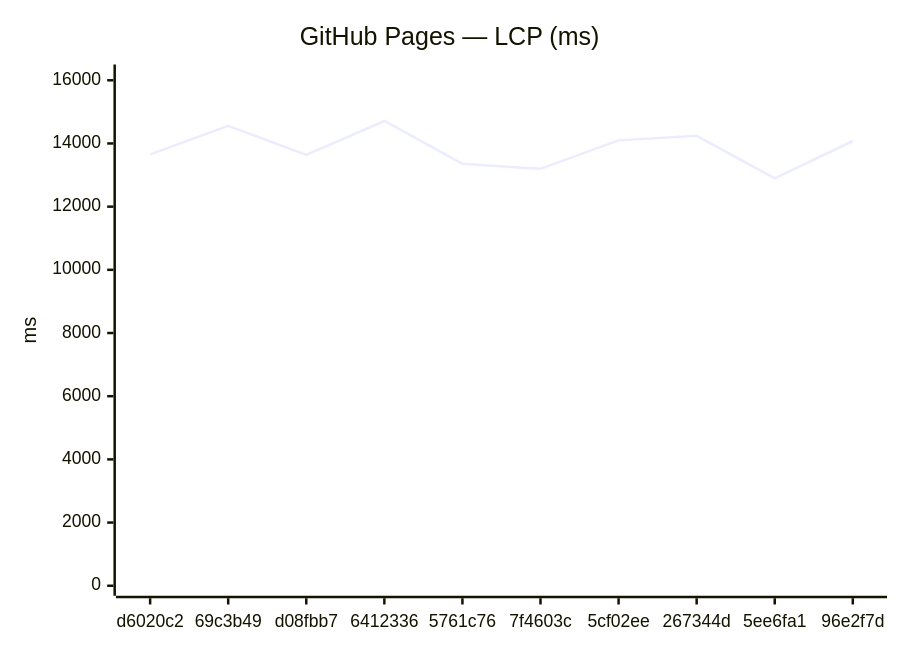
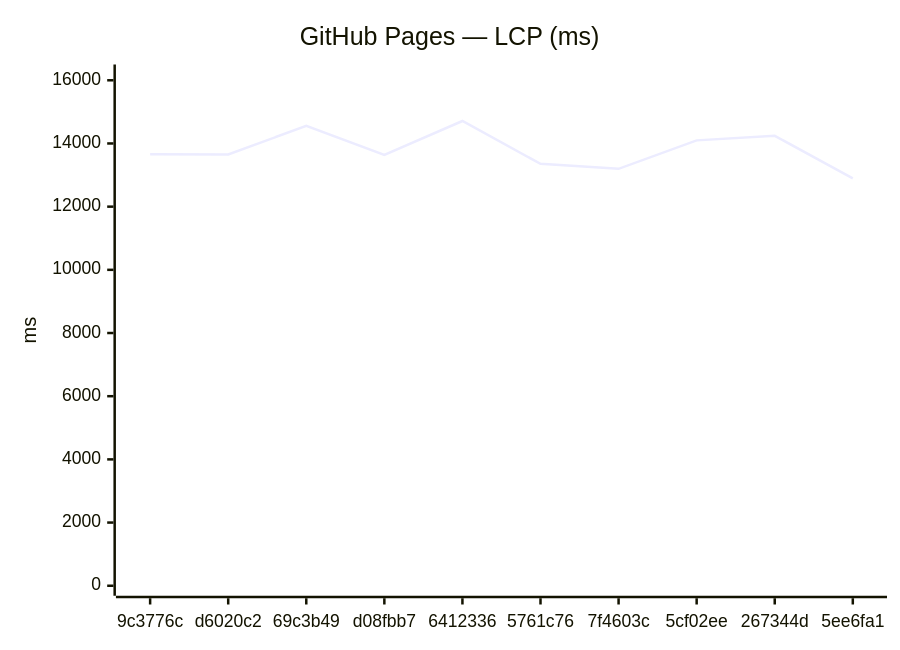
One commit to Metaheurist/Rianell changed the third of 18 diagrams in benchmarks/compare.md. Above: the diagram before and after it, drawn with Mermaid. The commit also changed other lines of this file and 11 other files, not shown here.

````diff
--- a/benchmarks/compare.md
+++ b/benchmarks/compare.md
@@ -54,7 +54,7 @@
 ```mermaid
 xychart-beta
     title "GitHub Pages — LCP (ms)"
-    x-axis ["d6020c2", "69c3b49", "d08fbb7", "6412336", "5761c76", "7f4603c", "5cf02ee", "267344d", "5ee6fa1", "96e2f7d"]
+    x-axis ["9c3776c", "d6020c2", "69c3b49", "d08fbb7", "6412336", "5761c76", "7f4603c", "5cf02ee", "267344d", "5ee6fa1"]
     y-axis "ms" 0 --> 16183
-    line [13653, 14556, 13636, 14711, 13355, 13197, 14098, 14242, 12895, 14078]
+    line [13660, 13653, 14556, 13636, 14711, 13355, 13197, 14098, 14242, 12895]
 ```
````
